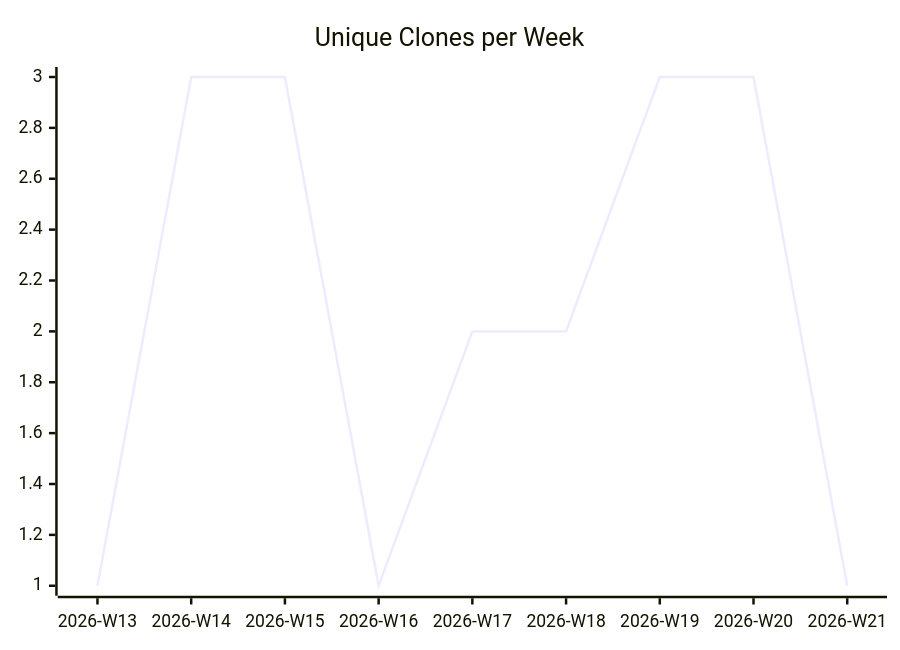
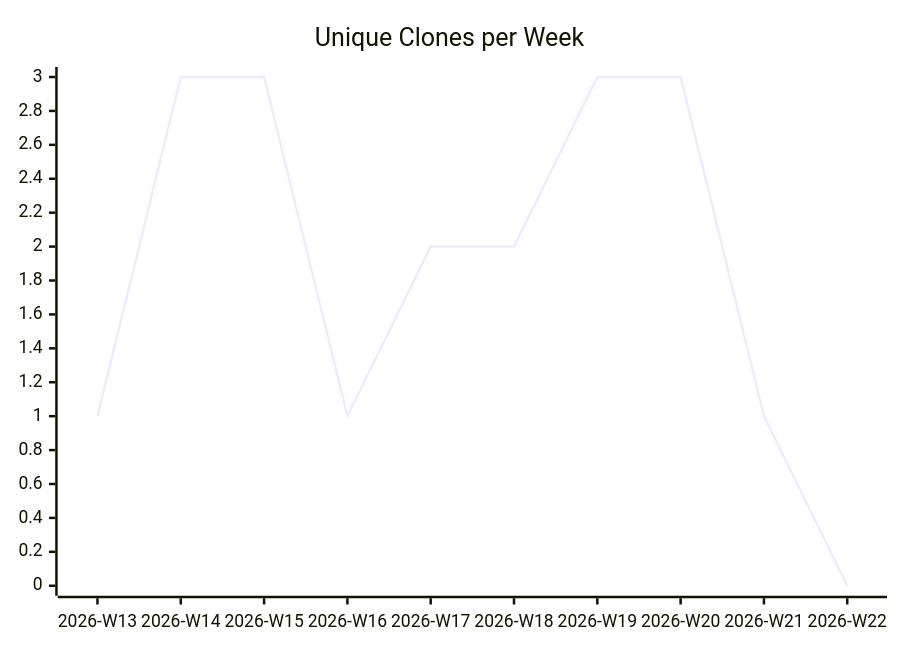
Before and after one commit to justdavis-family/github-analytics-data: the third of 3 diagrams in karlmdavis/puppet-sonar/README.md, drawn with Mermaid. The commit also changed other lines of this file and 190 other files, not shown here.

````diff
--- a/karlmdavis/puppet-sonar/README.md
+++ b/karlmdavis/puppet-sonar/README.md
@@ -19,6 +19,6 @@
 ```mermaid
 xychart-beta
   title "Unique Clones per Week"
-  x-axis ["2026-W13", "2026-W14", "2026-W15", "2026-W16", "2026-W17", "2026-W18", "2026-W19", "2026-W20", "2026-W21"]
-  line [1, 3, 3, 1, 2, 2, 3, 3, 1]
+  x-axis ["2026-W13", "2026-W14", "2026-W15", "2026-W16", "2026-W17", "2026-W18", "2026-W19", "2026-W20", "2026-W21", "2026-W22"]
+  line [1, 3, 3, 1, 2, 2, 3, 3, 1, 0]
 ```
````
